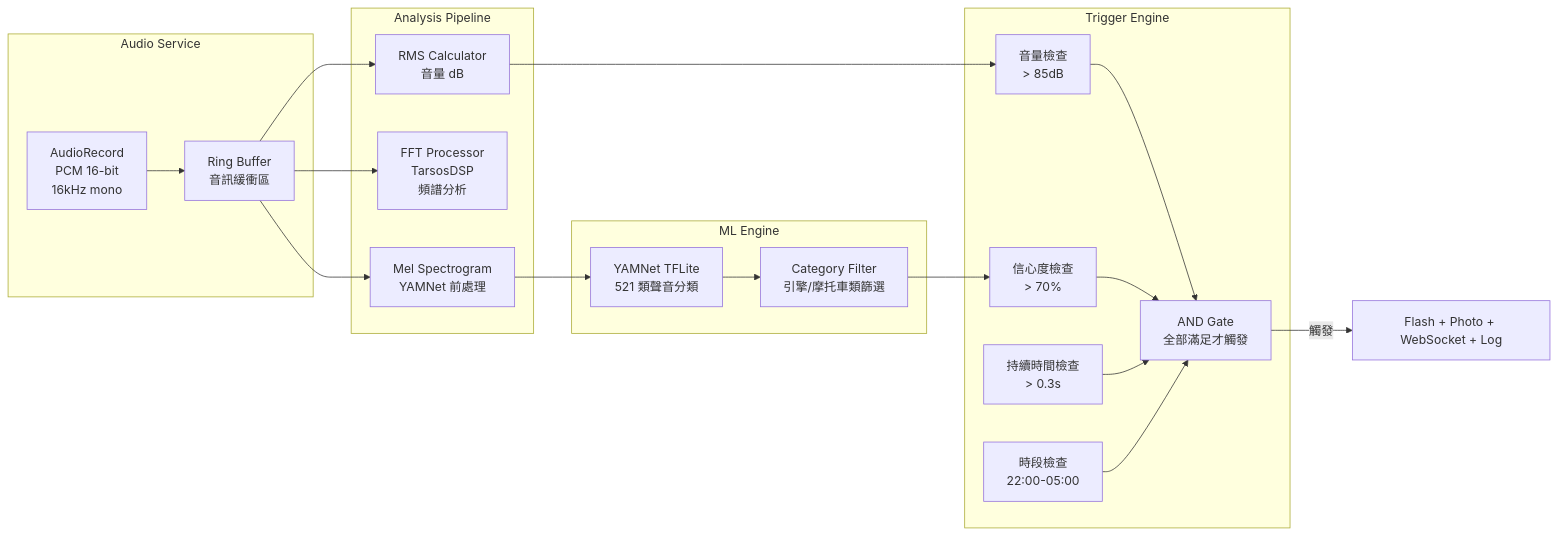
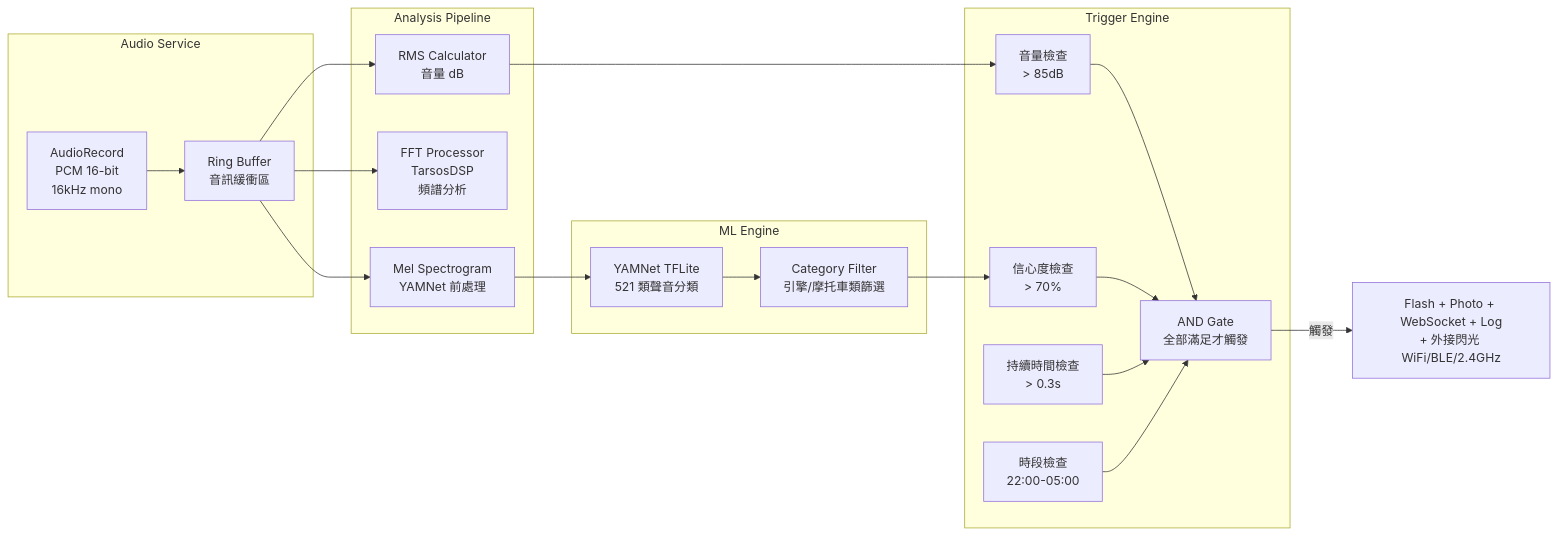
One commit to laneser/flashback changed the third of 3 diagrams in docs/ARC42/05-building-block-view.md. Above: the diagram before and after it, drawn with Mermaid. The commit also changed 9 other files, not shown here.

First line of the commit message:
Update roadmap phase order and expand external flash to three options

````diff
--- a/docs/ARC42/05-building-block-view.md
+++ b/docs/ARC42/05-building-block-view.md
@@ -63,42 +63,42 @@
 ```mermaid
 graph LR
     subgraph Audio Service
         AR[AudioRecord<br/>PCM 16-bit<br/>16kHz mono]
         BUF[Ring Buffer<br/>音訊緩衝區]
     end
 
     subgraph Analysis Pipeline
         RMS[RMS Calculator<br/>音量 dB]
         FFT[FFT Processor<br/>TarsosDSP<br/>頻譜分析]
         MEL[Mel Spectrogram<br/>YAMNet 前處理]
     end
 
     subgraph ML Engine
         YAMNET[YAMNet TFLite<br/>521 類聲音分類]
         FILTER[Category Filter<br/>引擎/摩托車類篩選]
     end
 
     subgraph Trigger Engine
         VOL_CHECK[音量檢查<br/>> 85dB]
         CONF_CHECK[信心度檢查<br/>> 70%]
         DUR_CHECK[持續時間檢查<br/>> 0.3s]
         TIME_CHECK[時段檢查<br/>22:00-05:00]
         AND_GATE[AND Gate<br/>全部滿足才觸發]
     end
 
     AR --> BUF
     BUF --> RMS
     BUF --> FFT
     BUF --> MEL
     MEL --> YAMNET
     YAMNET --> FILTER
 
     RMS --> VOL_CHECK
     FILTER --> CONF_CHECK
     VOL_CHECK --> AND_GATE
     CONF_CHECK --> AND_GATE
     DUR_CHECK --> AND_GATE
     TIME_CHECK --> AND_GATE
 
-    AND_GATE -->|觸發| ACTION[Flash + Photo + WebSocket + Log]
+    AND_GATE -->|觸發| ACTION[Flash + Photo + WebSocket + Log<br/>+ 外接閃光 WiFi/BLE/2.4GHz]
 ```
````
